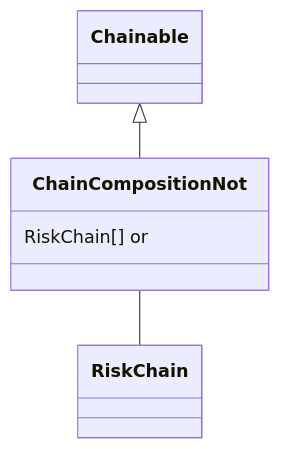
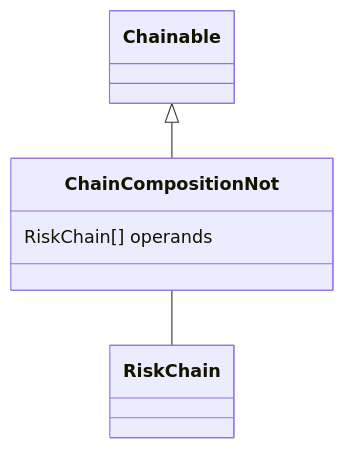
One commit to codexstanford/Insurance-Payout-Ontology changed the diagram in datamodel-build/mermaid/ChainCompositionNot.mmd. Above: the diagram before and after it, drawn with Mermaid. The commit also changed 73 other files, not shown here.

```diff
--- a/datamodel-build/mermaid/ChainCompositionNot.mmd
+++ b/datamodel-build/mermaid/ChainCompositionNot.mmd
@@ -1,10 +1,10 @@
 classDiagram
   ChainCompositionNot -- RiskChain
 
 
 Chainable <|-- ChainCompositionNot
 class ChainCompositionNot {
 
-  RiskChain[] or
+  RiskChain[] operands
 
 }
```
